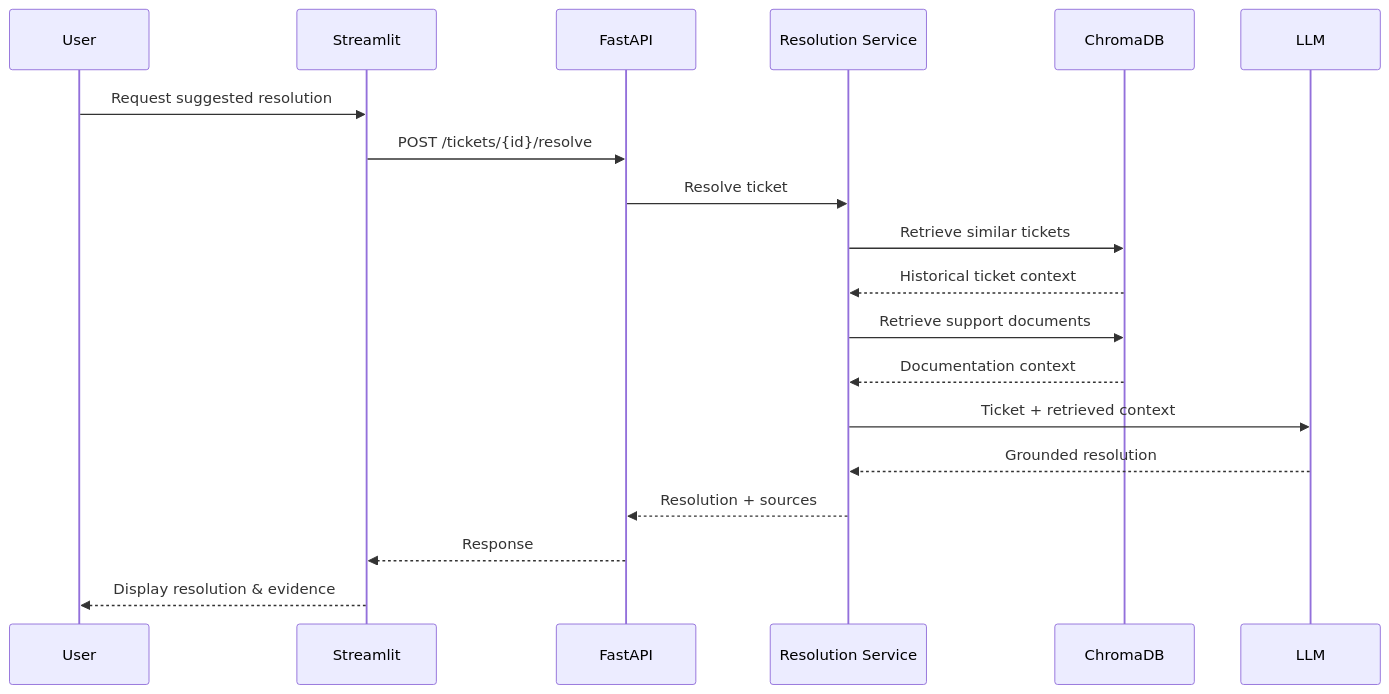
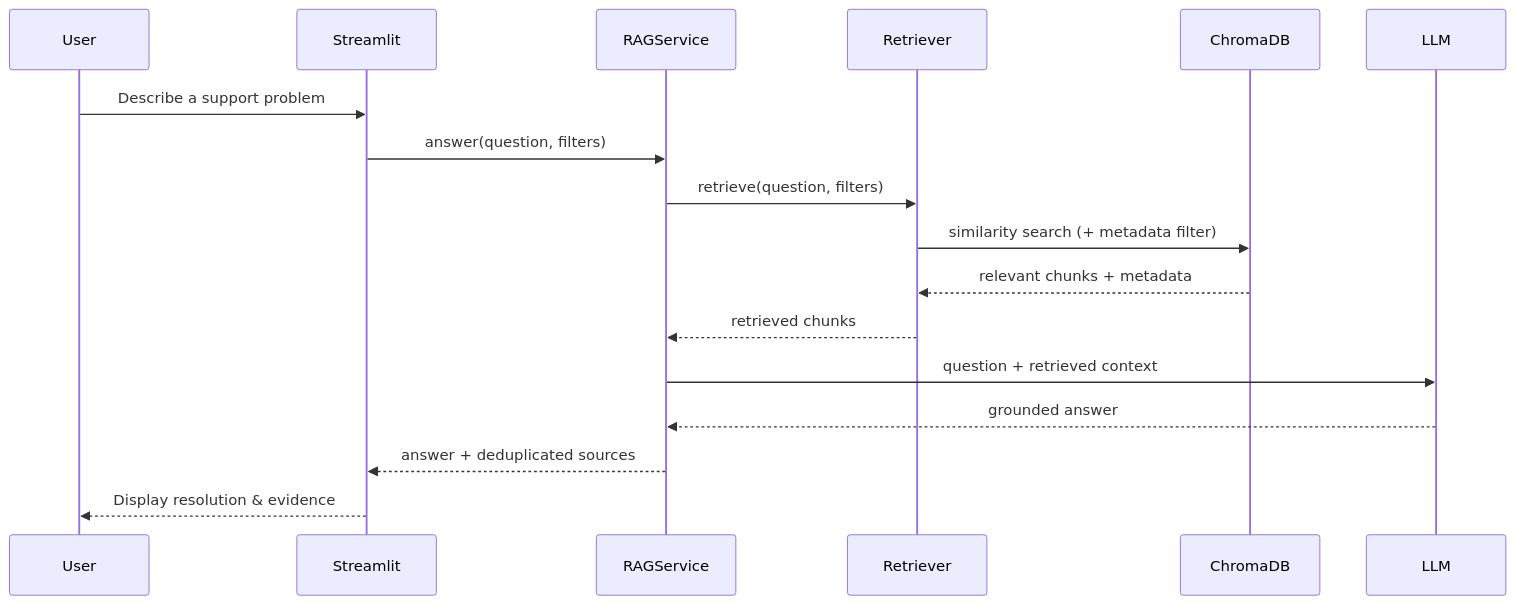
The second of 9 diagrams in docs/IMPLEMENTATION_GUIDE.md (bee-honey/ai-support-ticket-resolver), drawn with Mermaid before and after one commit. The commit also changed other lines of this file, not shown here.

````diff
--- a/docs/IMPLEMENTATION_GUIDE.md
+++ b/docs/IMPLEMENTATION_GUIDE.md
@@ -91,21 +87,19 @@
 ```mermaid
 sequenceDiagram
     participant User
     participant UI as Streamlit
-    participant API as FastAPI
-    participant Service as Resolution Service
+    participant RAG as RAGService
+    participant Retriever
     participant VectorDB as ChromaDB
     participant LLM
-    User->>UI: Request suggested resolution
-    UI->>API: POST /tickets/{id}/resolve
-    API->>Service: Resolve ticket
-    Service->>VectorDB: Retrieve similar tickets
-    VectorDB-->>Service: Historical ticket context
-    Service->>VectorDB: Retrieve support documents
-    VectorDB-->>Service: Documentation context
-    Service->>LLM: Ticket + retrieved context
-    LLM-->>Service: Grounded resolution
-    Service-->>API: Resolution + sources
-    API-->>UI: Response
+    User->>UI: Describe a support problem
+    UI->>RAG: answer(question, filters)
+    RAG->>Retriever: retrieve(question, filters)
+    Retriever->>VectorDB: similarity search (+ metadata filter)
+    VectorDB-->>Retriever: relevant chunks + metadata
+    Retriever-->>RAG: retrieved chunks
+    RAG->>LLM: question + retrieved context
+    LLM-->>RAG: grounded answer
+    RAG-->>UI: answer + deduplicated sources
     UI-->>User: Display resolution & evidence
 ```
````
